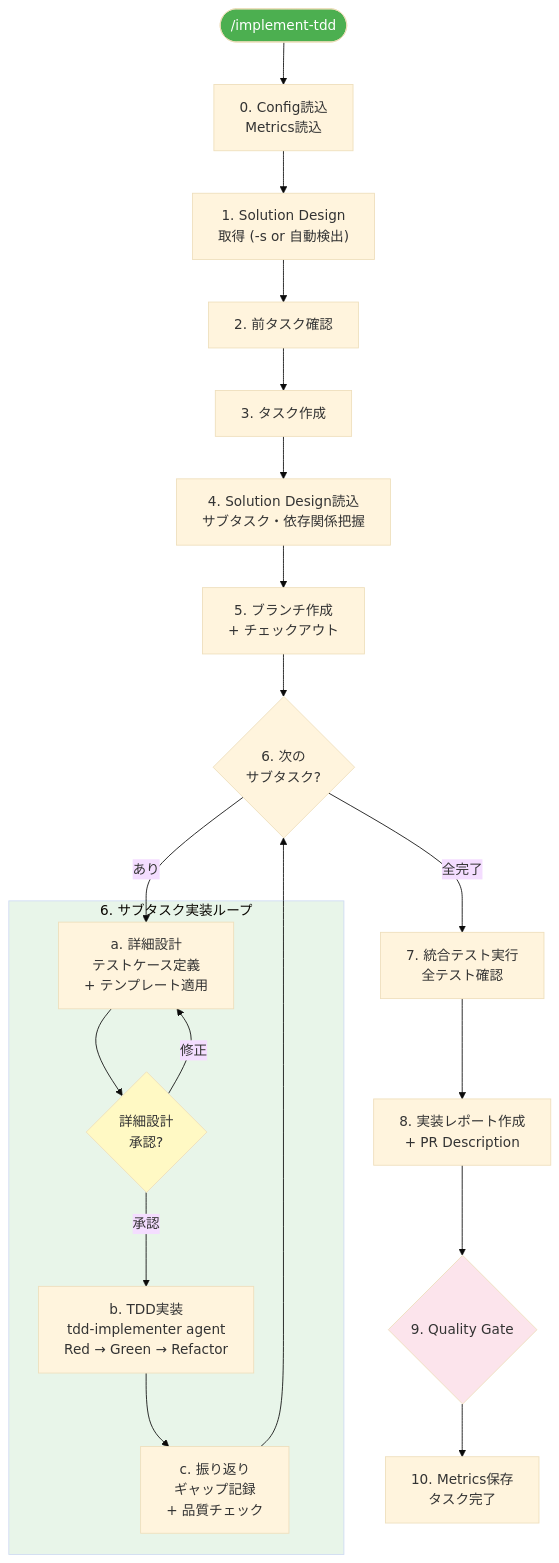
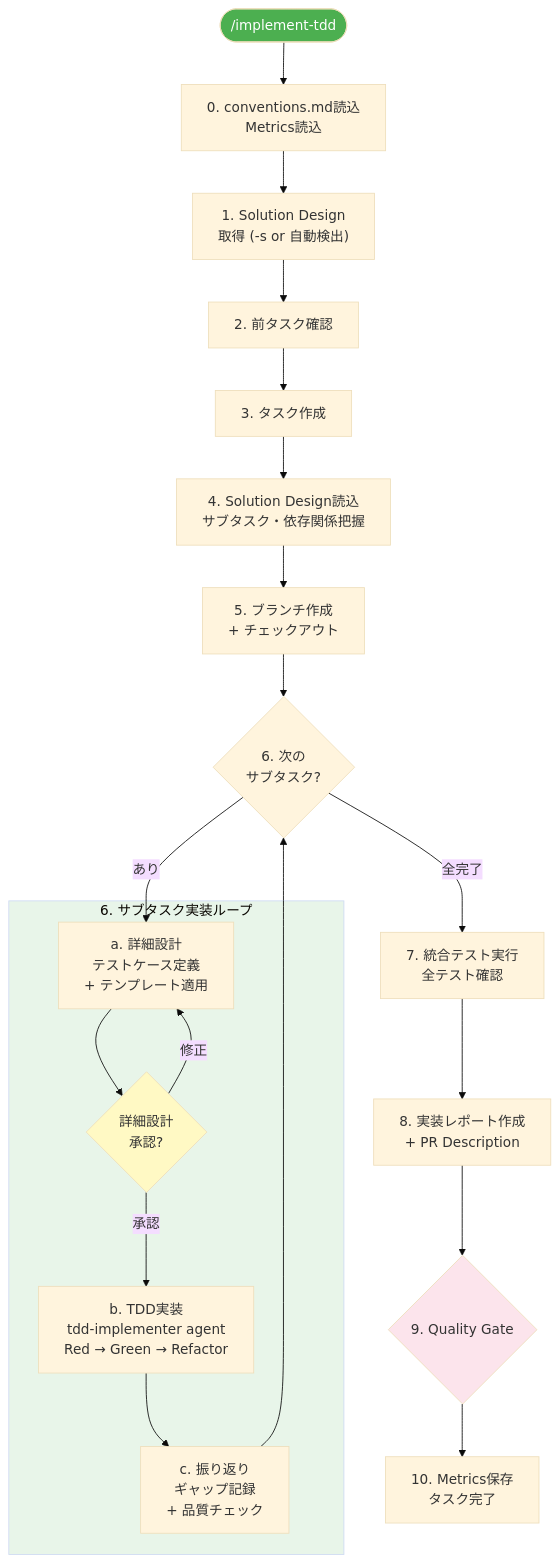
Before and after one commit to arudita-zzz/app-dev-prompt-suite: the fourth of 5 diagrams in plugins/app-dev-suite/doc/workflow-diagrams.md, drawn with Mermaid (base theme). The commit also changed other lines of this file and 23 other files, not shown here.

````diff
--- a/plugins/app-dev-suite/doc/workflow-diagrams.md
+++ b/plugins/app-dev-suite/doc/workflow-diagrams.md
@@ -121,33 +121,33 @@
 ```mermaid
 flowchart TD
-    Start(["/implement-tdd"]) --> Init["0. Config読込\nMetrics読込"]
+    Start(["/implement-tdd"]) --> Init["0. conventions.md読込\nMetrics読込"]
     Init --> Source["1. Solution Design\n取得 (-s or 自動検出)"]
     Source --> PrevTask["2. 前タスク確認"]
     PrevTask --> NewTask["3. タスク作成"]
     NewTask --> ReadDesign["4. Solution Design読込\nサブタスク・依存関係把握"]
     ReadDesign --> Branch["5. ブランチ作成\n+ チェックアウト"]
 
     Branch --> LoopStart{"6. 次の\nサブタスク?"}
     LoopStart -- "あり" --> DetailDesign
 
     subgraph SubtaskLoop["6. サブタスク実装ループ"]
         DetailDesign["a. 詳細設計\nテストケース定義\n+ テンプレート適用"]
         DetailDesign --> ApproveDesign{"詳細設計\n承認?"}
         ApproveDesign -- "承認" --> TDD
         ApproveDesign -- "修正" --> DetailDesign
 
         TDD["b. TDD実装\ntdd-implementer agent\nRed → Green → Refactor"]
         TDD --> Retro["c. 振り返り\nギャップ記録\n+ 品質チェック"]
     end
 
     Retro --> LoopStart
     LoopStart -- "全完了" --> Integration["7. 統合テスト実行\n全テスト確認"]
     Integration --> ImplReport["8. 実装レポート作成\n+ PR Description"]
     ImplReport --> QG{"9. Quality Gate"}
     QG --> Complete["10. Metrics保存\nタスク完了"]
 
     style Start fill:#4CAF50,color:#fff
     style SubtaskLoop fill:#e8f5e9
     style ApproveDesign fill:#fff9c4
     style QG fill:#fce4ec
 ```
````
